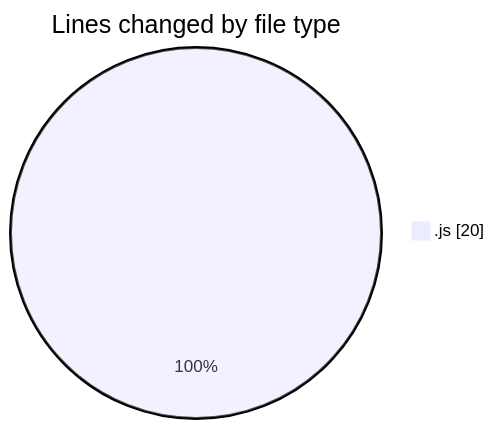
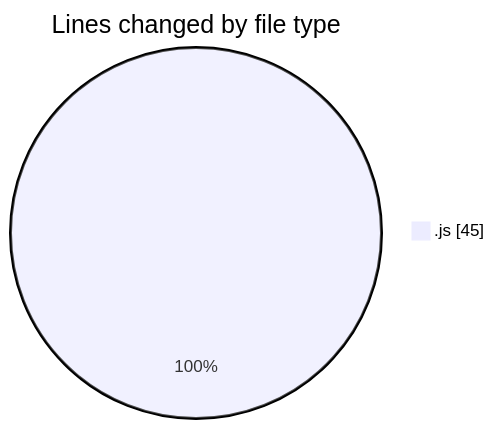
One commit to Ritupan-Deka/code-tracking changed the first of 2 diagrams in 2025-07-20/mern-workoutboard/README.md. Above: the diagram before and after it, drawn with Mermaid. The commit also changed other lines of this file and 1 other file, not shown here.

````diff
--- a/2025-07-20/mern-workoutboard/README.md
+++ b/2025-07-20/mern-workoutboard/README.md
@@ -20,5 +21,5 @@
 ```mermaid
 pie showData
 title Lines changed by file type
-".js" : 20
+".js" : 45
 ```
````
